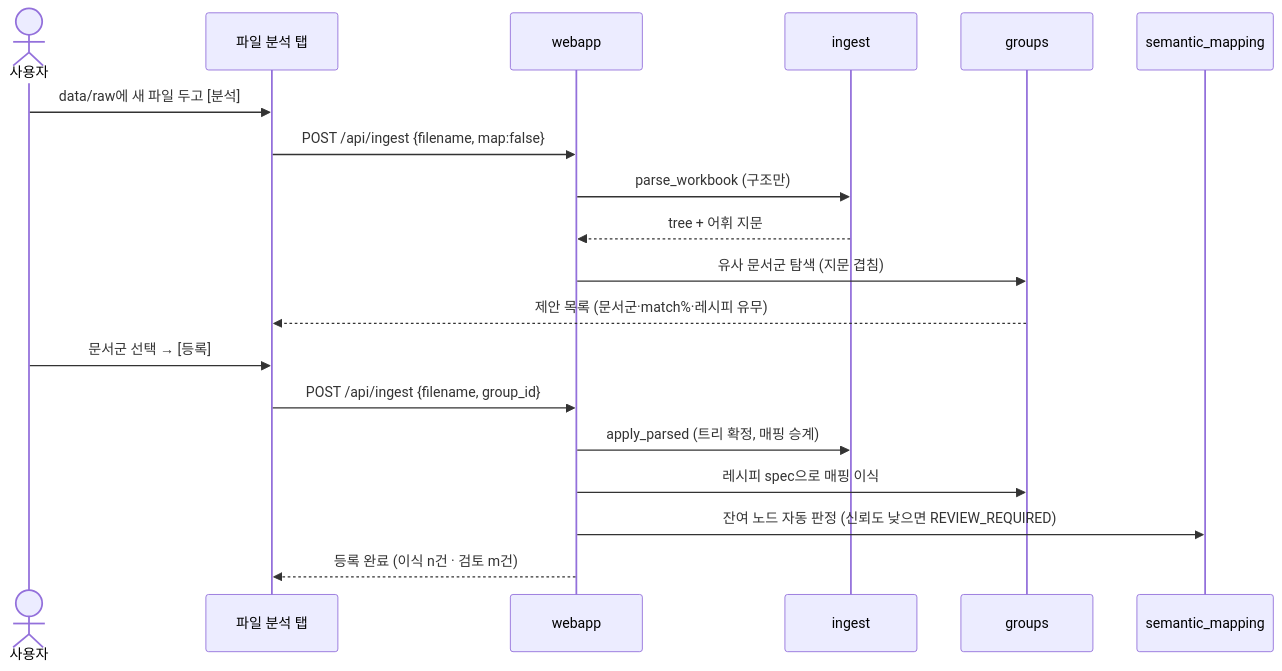
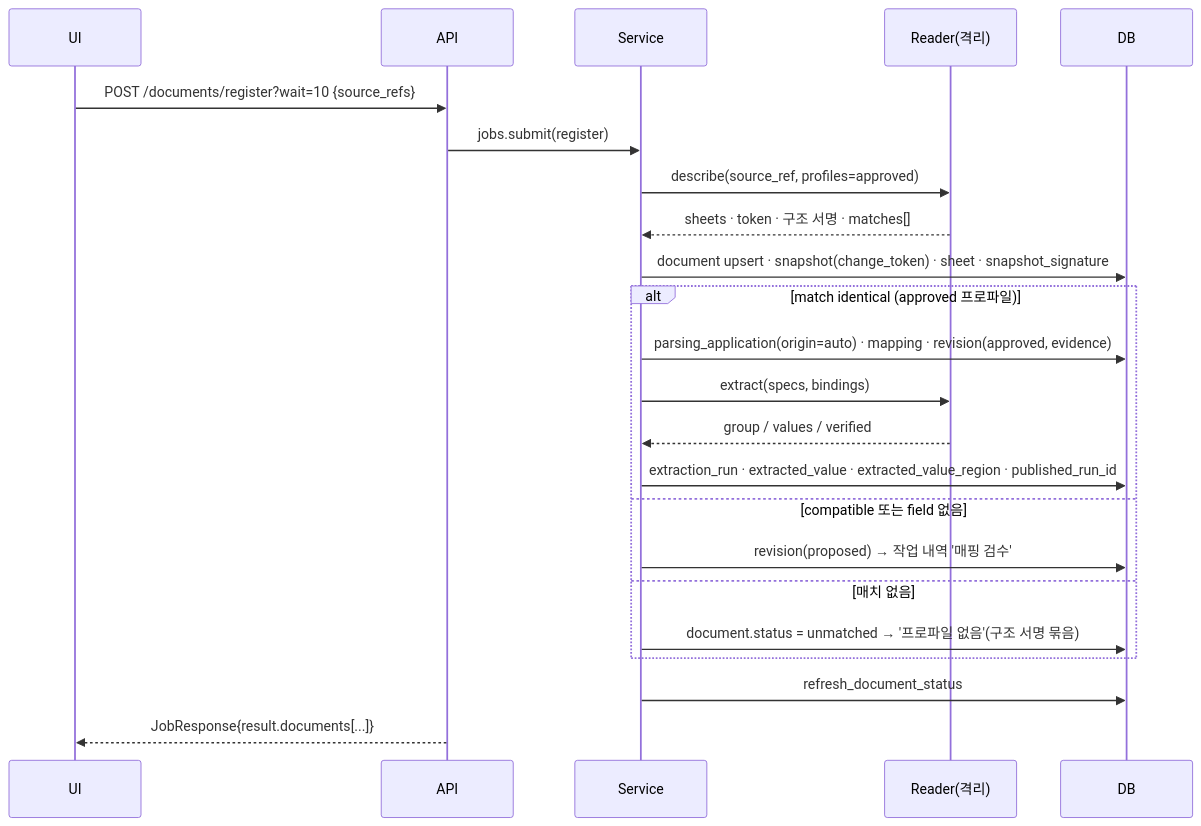
The eighth of 11 diagrams in docs/ARCHITECTURE.md (ujajuck/data_gathering), drawn with Mermaid before and after one commit. The commit also changed other lines of this file and 305 other files, not shown here.

First line of the commit message:
레거시 제거와 개명 — v1·v2 런타임과 이관 도구 삭제, kg에서 schema로, 작업 공간 경로 정리

````diff
--- a/docs/ARCHITECTURE.md
+++ b/docs/ARCHITECTURE.md
@@ -483,22 +434,25 @@
 ```mermaid
 sequenceDiagram
-    actor U as 사용자
-    participant FE as 파일 분석 탭
-    participant W as webapp
-    participant I as ingest
-    participant G as groups
-    participant M as semantic_mapping
-
-    U->>FE: data/raw에 새 파일 두고 [분석]
-    FE->>W: POST /api/ingest {filename, map:false}
-    W->>I: parse_workbook (구조만)
-    I-->>W: tree + 어휘 지문
-    W->>G: 유사 문서군 탐색 (지문 겹침)
-    G-->>FE: 제안 목록 (문서군·match%·레시피 유무)
-    U->>FE: 문서군 선택 → [등록]
-    FE->>W: POST /api/ingest {filename, group_id}
-    W->>I: apply_parsed (트리 확정, 매핑 승계)
-    W->>G: 레시피 spec으로 매핑 이식
-    W->>M: 잔여 노드 자동 판정 (신뢰도 낮으면 REVIEW_REQUIRED)
-    W-->>FE: 등록 완료 (이식 n건 · 검토 m건)
+    participant UI
+    participant API
+    participant SVC as Service
+    participant RD as Reader(격리)
+    participant DB
+    UI->>API: POST /documents/register?wait=10 {source_refs}
+    API->>SVC: jobs.submit(register)
+    SVC->>RD: describe(source_ref, profiles=approved)
+    RD-->>SVC: sheets · token · 구조 서명 · matches[]
+    SVC->>DB: document upsert · snapshot(change_token) · sheet · snapshot_signature
+    alt match identical (approved 프로파일)
+        SVC->>DB: parsing_application(origin=auto) · mapping · revision(approved, evidence)
+        SVC->>RD: extract(specs, bindings)
+        RD-->>SVC: group / values / verified
+        SVC->>DB: extraction_run · extracted_value · extracted_value_region · published_run_id
+    else compatible 또는 field 없음
+        SVC->>DB: revision(proposed) → 작업 내역 '매핑 검수'
+    else 매치 없음
+        SVC->>DB: document.status = unmatched → '프로파일 없음'(구조 서명 묶음)
+    end
+    SVC->>DB: refresh_document_status
+    API-->>UI: JobResponse{result.documents[...]}
 ```
````
